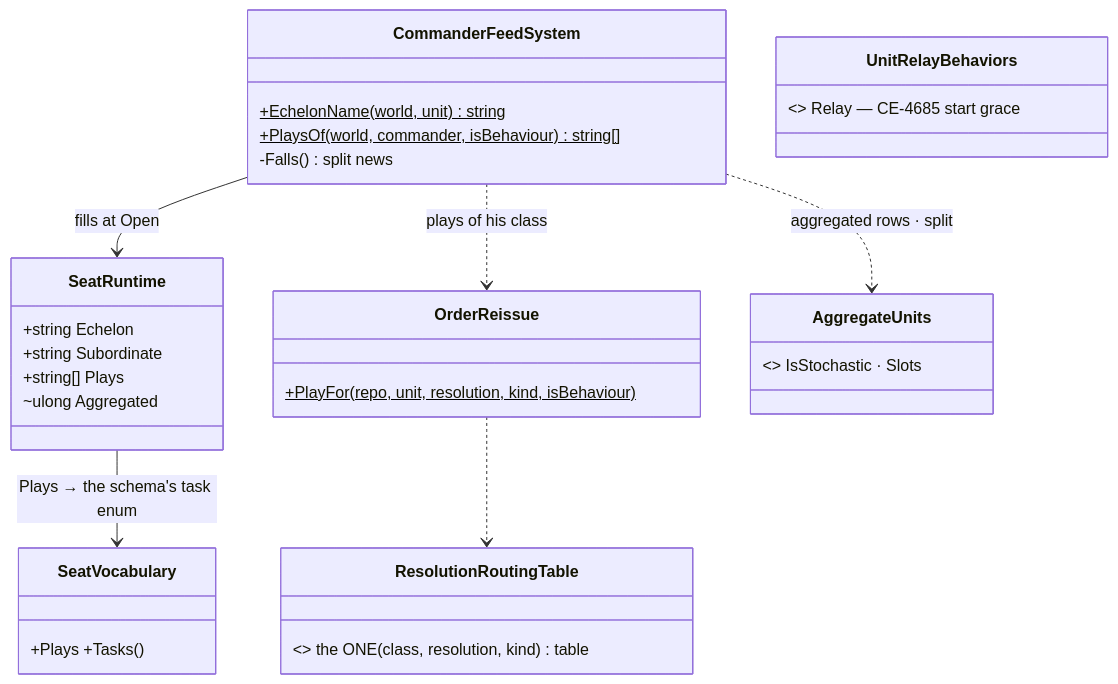
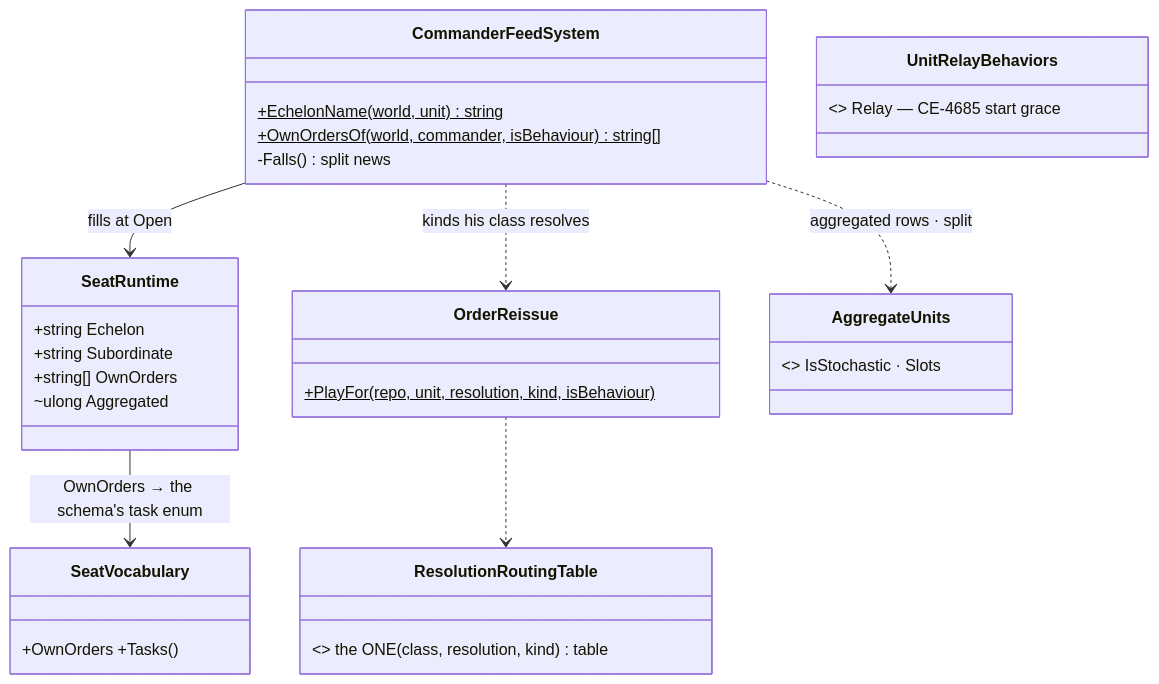
Diagram 11 of 12 in docs/designs/llm-commander/DESIGN_LLM_Commander.md (pjanec/HROT), drawn with Mermaid before and after one commit. The commit also changed other lines of this file and 12 other files, not shown here.

First line of the commit message:
CE-4685: the commander seat gives its whole unit an ORDER KIND, never a behaviour name

````diff
--- a/docs/designs/llm-commander/DESIGN_LLM_Commander.md
+++ b/docs/designs/llm-commander/DESIGN_LLM_Commander.md
@@ -541,24 +541,24 @@
 ```mermaid
 classDiagram
     class SeatRuntime {
       +string Echelon
       +string Subordinate
-      +string[] Plays
+      +string[] OwnOrders
       ~ulong Aggregated
     }
     class CommanderFeedSystem {
       +EchelonName(world, unit)$ string
-      +PlaysOf(world, commander, isBehaviour)$ string[]
+      +OwnOrdersOf(world, commander, isBehaviour)$ string[]
       -Falls() split news
     }
-    class SeatVocabulary { +Plays +Tasks() }
+    class SeatVocabulary { +OwnOrders +Tasks() }
     class OrderReissue { +PlayFor(repo, unit, resolution, kind, isBehaviour)$ }
     class ResolutionRoutingTable { <<existing>> the ONE (class, resolution, kind) table }
     class AggregateUnits { <<existing>> IsStochastic · Slots }
     class UnitRelayBehaviors { <<existing, CE-8307>> Relay — CE-4685 start grace }
     CommanderFeedSystem --> SeatRuntime : fills at Open
-    CommanderFeedSystem ..> OrderReissue : plays of his class
+    CommanderFeedSystem ..> OrderReissue : kinds his class resolves
     OrderReissue ..> ResolutionRoutingTable
     CommanderFeedSystem ..> AggregateUnits : aggregated rows · split
-    SeatRuntime --> SeatVocabulary : Plays → the schema's task enum
+    SeatRuntime --> SeatVocabulary : OwnOrders → the schema's task enum
 ```
````
